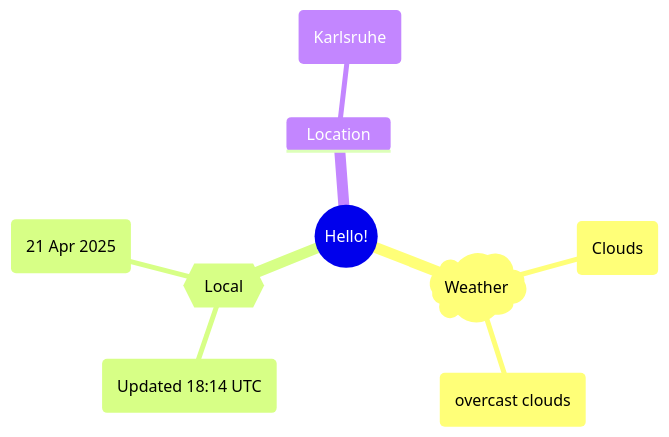
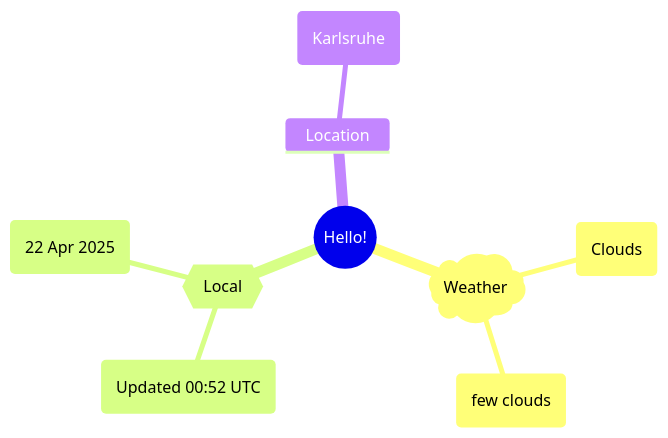
The first of 2 diagrams in README.md (Xosrov/Xosrov), drawn with Mermaid before and after one commit.

Commit message:
[bot] updated images

````diff
--- a/README.md
+++ b/README.md
@@ -3,12 +3,12 @@
 ```mermaid
 mindmap
   root((Hello!))
     )Weather(
         (Clouds)
-        (overcast clouds)
+        (few clouds)
     {{Local}}
-        (Updated 18:14 UTC)
-        (21 Apr 2025)
+        (Updated 00:52 UTC)
+        (22 Apr 2025)
     Location
         (Karlsruhe)
 ```
````
